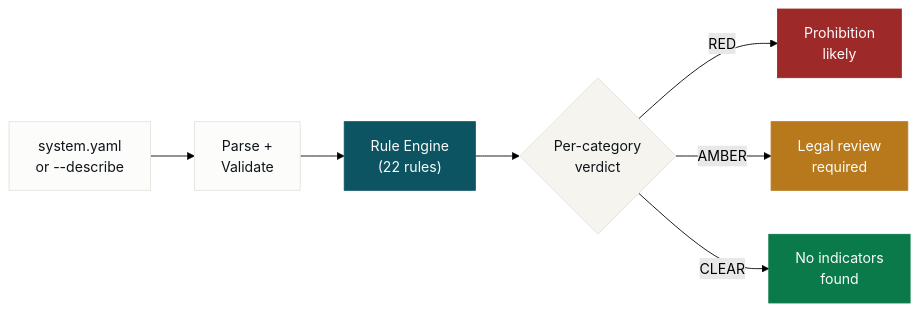
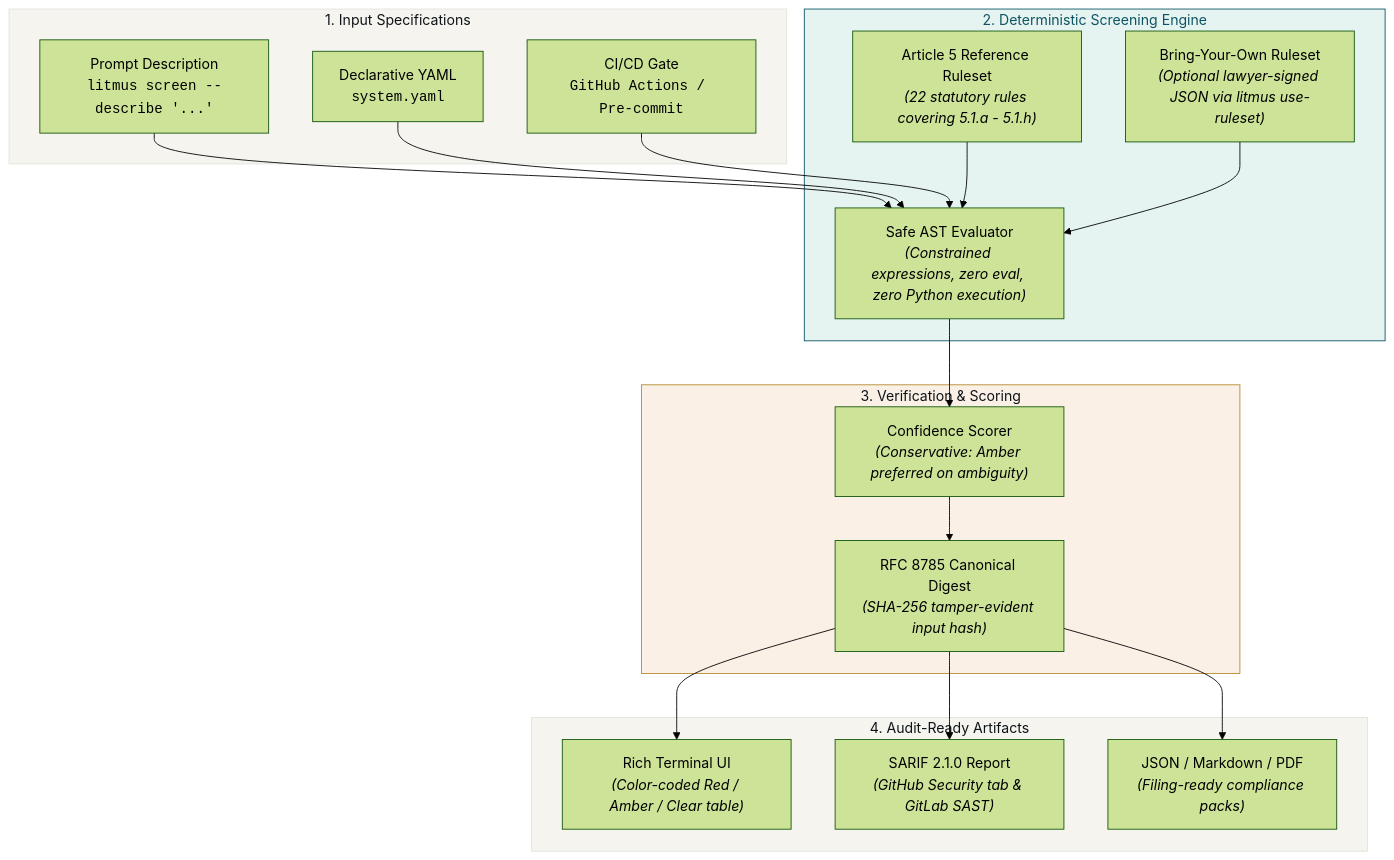
One commit to aiexponent/litmusai changed the diagram in README.md. Above: the diagram before and after it, drawn with Mermaid (forest theme). The commit also changed other lines of this file and 4 other files, not shown here.

Commit message:
docs(readme): overhaul README with dual-theme header, terminal preview, and architecture diagram

````diff
--- a/README.md
+++ b/README.md
@@ -50,17 +87,36 @@
 ```mermaid
-graph LR
-    A["system.yaml<br/>or --describe"] --> B["Parse +<br/>Validate"]
-    B --> C["Rule Engine<br/>(22 rules)"]
-    C --> D{"Per-category<br/>verdict"}
-    D -->|RED| E["Prohibition<br/>likely"]
-    D -->|AMBER| F["Legal review<br/>required"]
-    D -->|CLEAR| G["No indicators<br/>found"]
+graph TB
+    subgraph Inputs ["1. Input Specifications"]
+        INP1["Prompt Description<br/><code>litmus screen --describe '...'</code>"]
+        INP2["Declarative YAML<br/><code>system.yaml</code>"]
+        INP3["CI/CD Gate<br/><code>GitHub Actions / Pre-commit</code>"]
+    end
 
-    style A fill:#FCFCFA,color:#0F1419,stroke:#E4E2DC
-    style B fill:#FCFCFA,color:#0F1419,stroke:#E4E2DC
-    style C fill:#0D5463,color:#FCFCFA,stroke:#0D5463
-    style D fill:#F5F4EF,color:#0F1419,stroke:#E4E2DC
-    style E fill:#9D2929,color:#FCFCFA,stroke:#9D2929
-    style F fill:#B8791C,color:#FCFCFA,stroke:#B8791C
-    style G fill:#0B7A4B,color:#FCFCFA,stroke:#0B7A4B
+    subgraph Core ["2. Deterministic Screening Engine"]
+        AST["Safe AST Evaluator<br/><em>(Constrained expressions, zero eval, zero Python execution)</em>"]
+        RULE["Article 5 Reference Ruleset<br/><em>(22 statutory rules covering 5.1.a - 5.1.h)</em>"]
+        BYO["Bring-Your-Own Ruleset<br/><em>(Optional lawyer-signed JSON via litmus use-ruleset)</em>"]
+    end
+
+    subgraph Integrity ["3. Verification & Scoring"]
+        CONF["Confidence Scorer<br/><em>(Conservative: Amber preferred on ambiguity)</em>"]
+        HASH["RFC 8785 Canonical Digest<br/><em>(SHA-256 tamper-evident input hash)</em>"]
+    end
+
+    subgraph Outputs ["4. Audit-Ready Artifacts"]
+        OUT1["Rich Terminal UI<br/><em>(Color-coded Red / Amber / Clear table)</em>"]
+        OUT2["SARIF 2.1.0 Report<br/><em>(GitHub Security tab & GitLab SAST)</em>"]
+        OUT3["JSON / Markdown / PDF<br/><em>(Filing-ready compliance packs)</em>"]
+    end
+
+    INP1 & INP2 & INP3 --> AST
+    RULE & BYO --> AST
+    AST --> CONF
+    CONF --> HASH
+    HASH --> OUT1 & OUT2 & OUT3
+
+    style Inputs fill:#F5F4EF,stroke:#E4E2DC,color:#0F1419
+    style Core fill:#E6F4F1,stroke:#0D5463,color:#0D5463
+    style Integrity fill:#FAF0E6,stroke:#B68A2E,color:#0F1419
+    style Outputs fill:#F5F4EF,stroke:#E4E2DC,color:#0F1419
 ```
````
